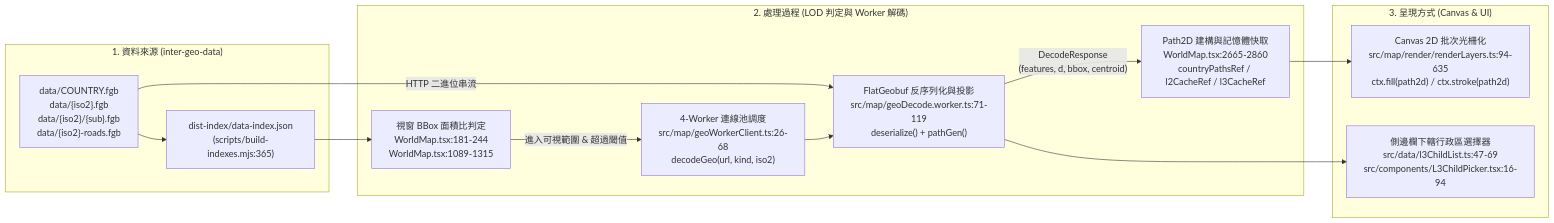
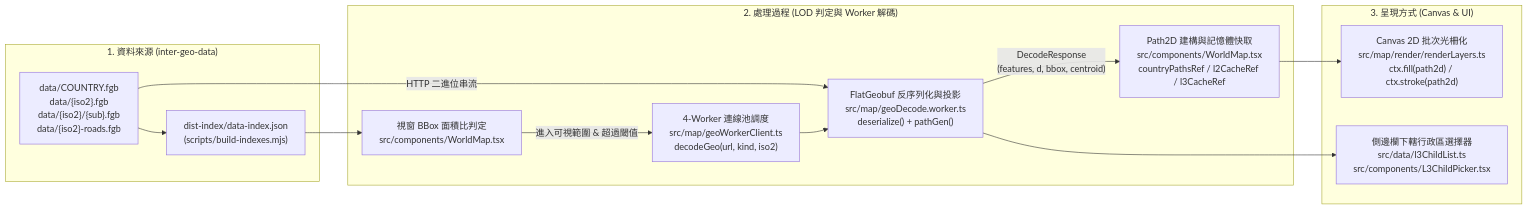
The second of 7 diagrams in README.md (harvey-euph/inter-geo), drawn with Mermaid before and after one commit. The commit also changed other lines of this file and 4 other files, not shown here.

Commit message:
docs: update README with new architecture and use relative and GitHub URLs

````diff
--- a/README.md
+++ b/README.md
@@ -90,29 +96,29 @@
 ```mermaid
 flowchart LR
   subgraph Source["1. 資料來源 (inter-geo-data)"]
     FGB_FILES["data/COUNTRY.fgb\ndata/{iso2}.fgb\ndata/{iso2}/{sub}.fgb\ndata/{iso2}-roads.fgb"]
-    DATA_IDX["dist-index/data-index.json\n(scripts/build-indexes.mjs:365)"]
+    DATA_IDX["dist-index/data-index.json\n(scripts/build-indexes.mjs)"]
     FGB_FILES --> DATA_IDX
   end
 
   subgraph Process["2. 處理過程 (LOD 判定與 Worker 解碼)"]
-    LOD_CHECK["視窗 BBox 面積比判定\nWorldMap.tsx:181-244\nWorldMap.tsx:1089-1315"]
-    WORKER_POOL["4-Worker 連線池調度\nsrc/map/geoWorkerClient.ts:26-68\ndecodeGeo(url, kind, iso2)"]
-    FGB_DESER["FlatGeobuf 反序列化與投影\nsrc/map/geoDecode.worker.ts:71-119\ndeserialize() + pathGen()"]
-    PATH2D_CACHE["Path2D 建構與記憶體快取\nWorldMap.tsx:2665-2860\ncountryPathsRef / l2CacheRef / l3CacheRef"]
+    LOD_CHECK["視窗 BBox 面積比判定\nsrc/components/WorldMap.tsx"]
+    WORKER_POOL["4-Worker 連線池調度\nsrc/map/geoWorkerClient.ts\ndecodeGeo(url, kind, iso2)"]
+    FGB_DESER["FlatGeobuf 反序列化與投影\nsrc/map/geoDecode.worker.ts\ndeserialize() + pathGen()"]
+    PATH2D_CACHE["Path2D 建構與記憶體快取\nsrc/components/WorldMap.tsx\ncountryPathsRef / l2CacheRef / l3CacheRef"]
 
     DATA_IDX --> LOD_CHECK
     LOD_CHECK -->|"進入可視範圍 & 超過閾值"| WORKER_POOL
     FGB_FILES -->|"HTTP 二進位串流"| FGB_DESER
     WORKER_POOL --> FGB_DESER
     FGB_DESER -->|"DecodeResponse\n(features, d, bbox, centroid)"| PATH2D_CACHE
   end
 
   subgraph Render["3. 呈現方式 (Canvas & UI)"]
-    CANVAS_DRAW["Canvas 2D 批次光柵化\nsrc/map/render/renderLayers.ts:94-635\nctx.fill(path2d) / ctx.stroke(path2d)"]
-    L3_PICKER["側邊欄下轄行政區選擇器\nsrc/data/l3ChildList.ts:47-69\nsrc/components/L3ChildPicker.tsx:16-94"]
+    CANVAS_DRAW["Canvas 2D 批次光柵化\nsrc/map/render/renderLayers.ts\nctx.fill(path2d) / ctx.stroke(path2d)"]
+    L3_PICKER["側邊欄下轄行政區選擇器\nsrc/data/l3ChildList.ts\nsrc/components/L3ChildPicker.tsx"]
 
     PATH2D_CACHE --> CANVAS_DRAW
     FGB_DESER --> L3_PICKER
   end
 ```
````
